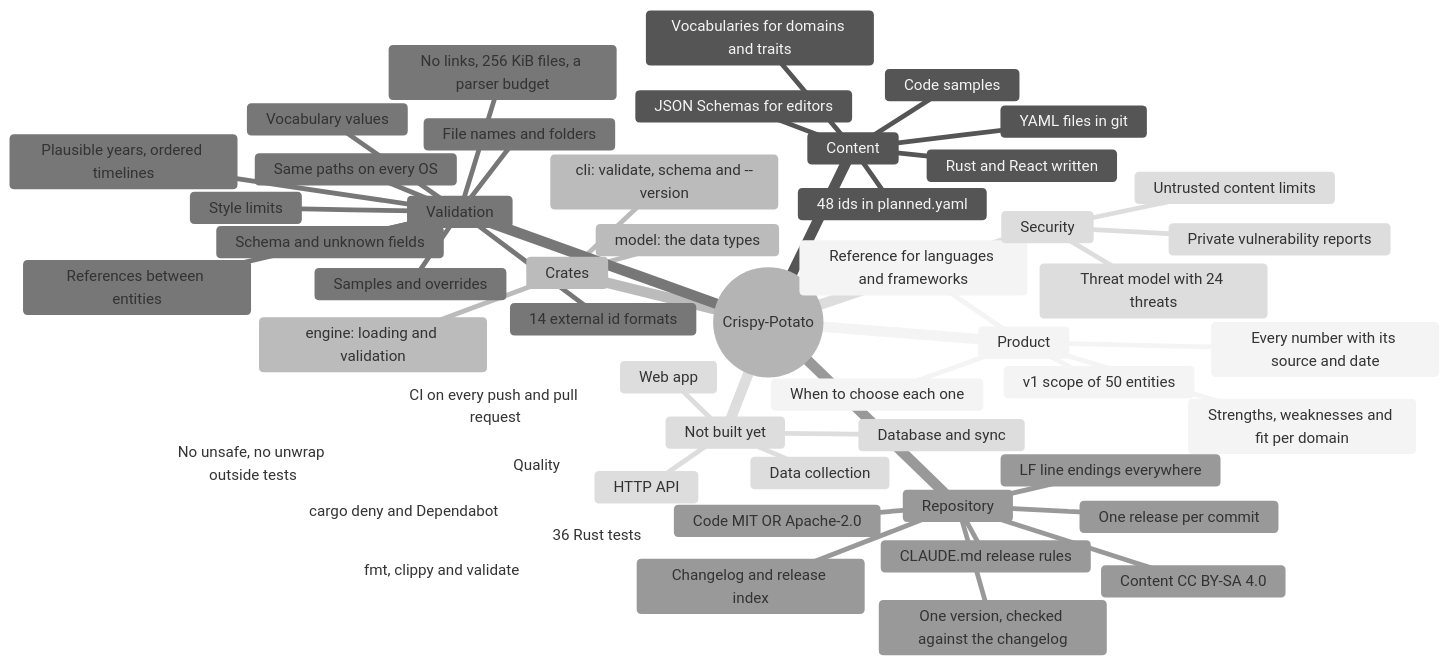
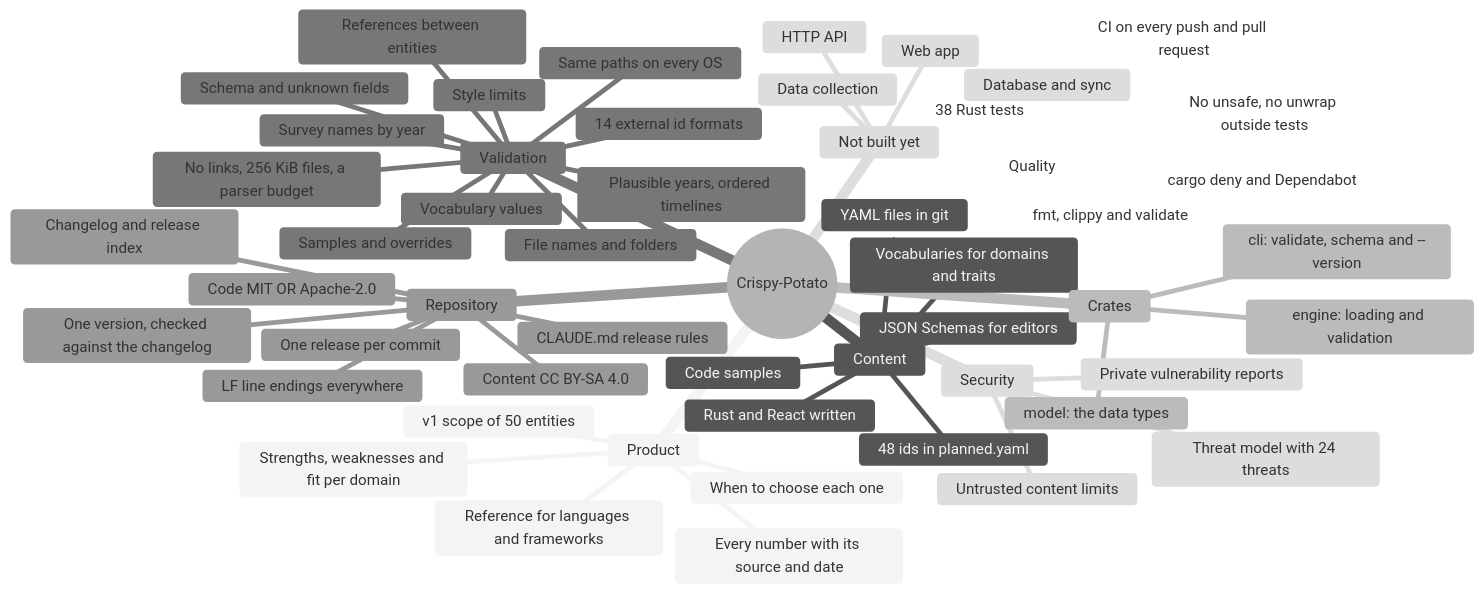
Before and after one commit to winksen/Crispy-Potato: the first of 2 diagrams in docs/MINDMAP.md, drawn with Mermaid (neutral theme). The commit also changed other lines of this file and 12 other files, not shown here.

````diff
--- a/docs/MINDMAP.md
+++ b/docs/MINDMAP.md
@@ -11,55 +11,56 @@
 ```mermaid
 mindmap
   root((Crispy-Potato))
     Product
       Reference for languages and frameworks
       Strengths, weaknesses and fit per domain
       When to choose each one
       Every number with its source and date
       v1 scope of 50 entities
     Content
       YAML files in git
       JSON Schemas for editors
       Rust and React written
       48 ids in planned.yaml
       Vocabularies for domains and traits
       Code samples
     Crates
       model: the data types
       engine: loading and validation
       cli: validate, schema and --version
     Validation
       Schema and unknown fields
       14 external id formats
+      Survey names by year
       Plausible years, ordered timelines
       File names and folders
       Vocabulary values
       References between entities
       Style limits
       Samples and overrides
       Same paths on every OS
       No links, 256 KiB files, a parser budget
     Repository
       Code MIT OR Apache-2.0
       Content CC BY-SA 4.0
       One release per commit
       One version, checked against the changelog
       Changelog and release index
       CLAUDE.md release rules
       LF line endings everywhere
     Security
       Threat model with 24 threats
       Untrusted content limits
       Private vulnerability reports
     Quality
-      36 Rust tests
+      38 Rust tests
       fmt, clippy and validate
       No unsafe, no unwrap outside tests
       CI on every push and pull request
       cargo deny and Dependabot
     Not built yet
       Database and sync
       Data collection
       HTTP API
       Web app
 ```
````
